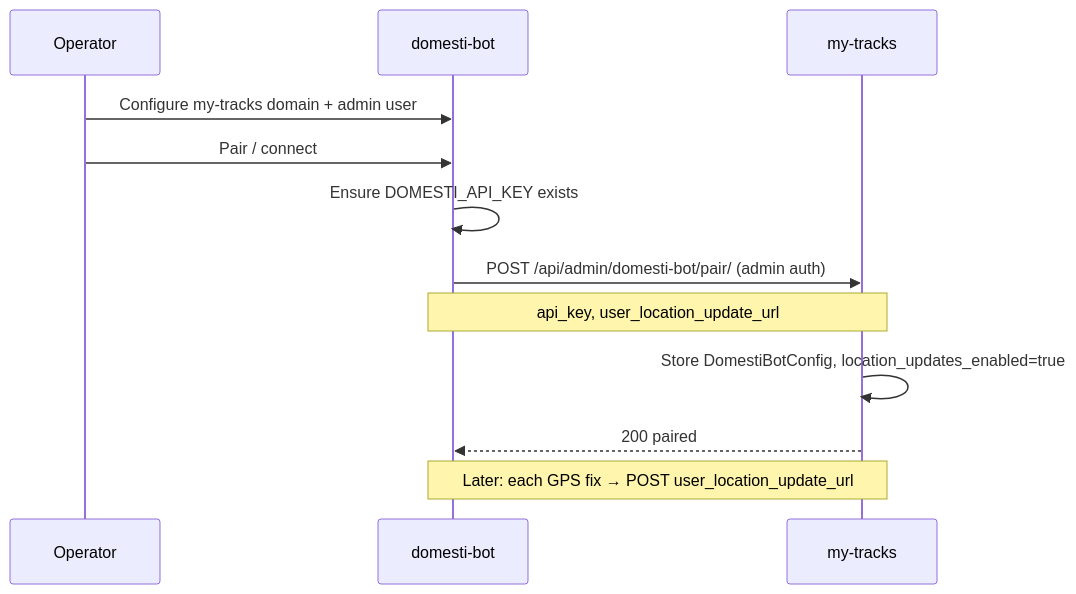
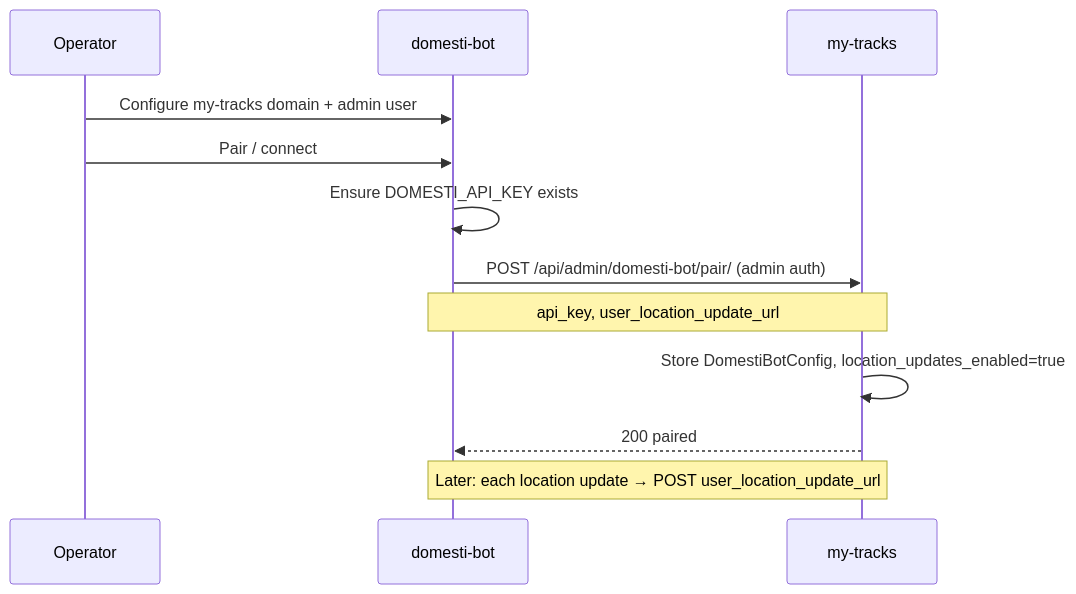
The diagram in docs/DOMESTI_BOT_INTEGRATION_PLAN.md (the-hcma/my-tracks), drawn with Mermaid before and after one commit. The commit also changed other lines of this file and 1 other file, not shown here.

First line of the commit message:
docs: finish user/location nomenclature in integration plans (#1111)

````diff
--- a/docs/DOMESTI_BOT_INTEGRATION_PLAN.md
+++ b/docs/DOMESTI_BOT_INTEGRATION_PLAN.md
@@ -138,15 +138,15 @@
 ```mermaid
 sequenceDiagram
   participant Op as Operator
   participant Bot as domesti-bot
   participant MT as my-tracks
 
   Op->>Bot: Configure my-tracks domain + admin user
   Op->>Bot: Pair / connect
   Bot->>Bot: Ensure DOMESTI_API_KEY exists
   Bot->>MT: POST /api/admin/domesti-bot/pair/ (admin auth)
   Note over Bot,MT: api_key, user_location_update_url
   MT->>MT: Store DomestiBotConfig, location_updates_enabled=true
   MT-->>Bot: 200 paired
-  Note over MT,Bot: Later: each GPS fix → POST user_location_update_url
+  Note over MT,Bot: Later: each location update → POST user_location_update_url
 ```
````
